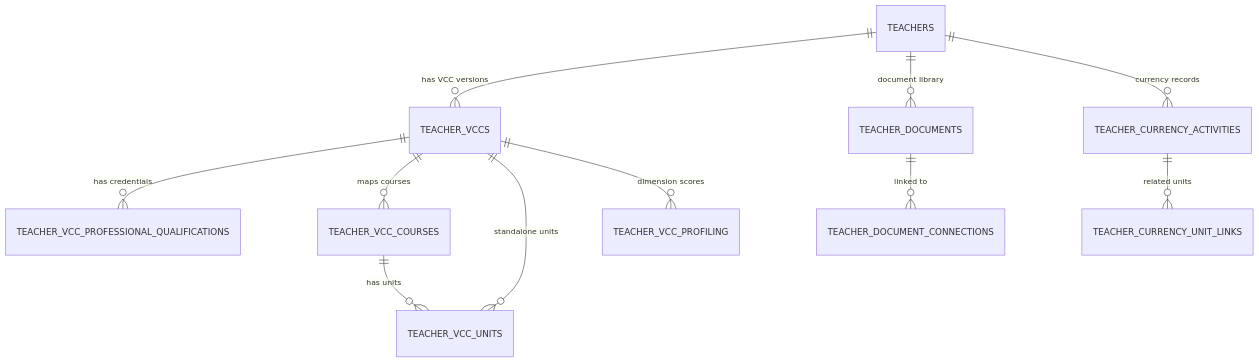
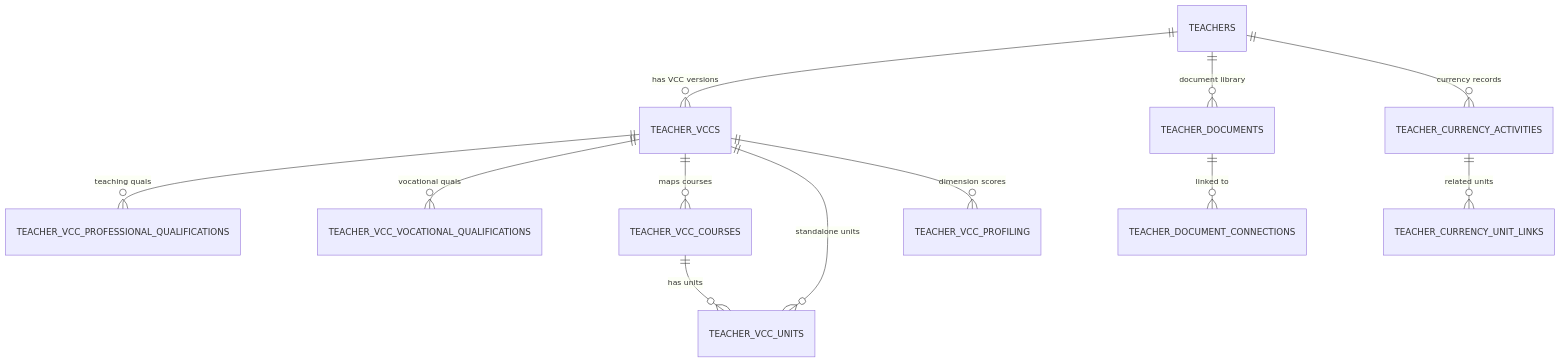
Diagram 13 of 14 in docs/DATABASE.md (harleycalvert/nvims), drawn with Mermaid before and after one commit. The commit also changed other lines of this file, not shown here.

````diff
--- a/docs/DATABASE.md
+++ b/docs/DATABASE.md
@@ -516,13 +516,14 @@
 ```mermaid
 erDiagram
     TEACHERS ||--o{ TEACHER_VCCS : "has VCC versions"
-    TEACHER_VCCS ||--o{ TEACHER_VCC_PROFESSIONAL_QUALIFICATIONS : "has credentials"
+    TEACHER_VCCS ||--o{ TEACHER_VCC_PROFESSIONAL_QUALIFICATIONS : "teaching quals"
+    TEACHER_VCCS ||--o{ TEACHER_VCC_VOCATIONAL_QUALIFICATIONS : "vocational quals"
     TEACHER_VCCS ||--o{ TEACHER_VCC_COURSES : "maps courses"
     TEACHER_VCC_COURSES ||--o{ TEACHER_VCC_UNITS : "has units"
     TEACHER_VCCS ||--o{ TEACHER_VCC_UNITS : "standalone units"
     TEACHERS ||--o{ TEACHER_DOCUMENTS : "document library"
     TEACHER_DOCUMENTS ||--o{ TEACHER_DOCUMENT_CONNECTIONS : "linked to"
     TEACHERS ||--o{ TEACHER_CURRENCY_ACTIVITIES : "currency records"
     TEACHER_CURRENCY_ACTIVITIES ||--o{ TEACHER_CURRENCY_UNIT_LINKS : "related units"
     TEACHER_VCCS ||--o{ TEACHER_VCC_PROFILING : "dimension scores"
 ```
````
